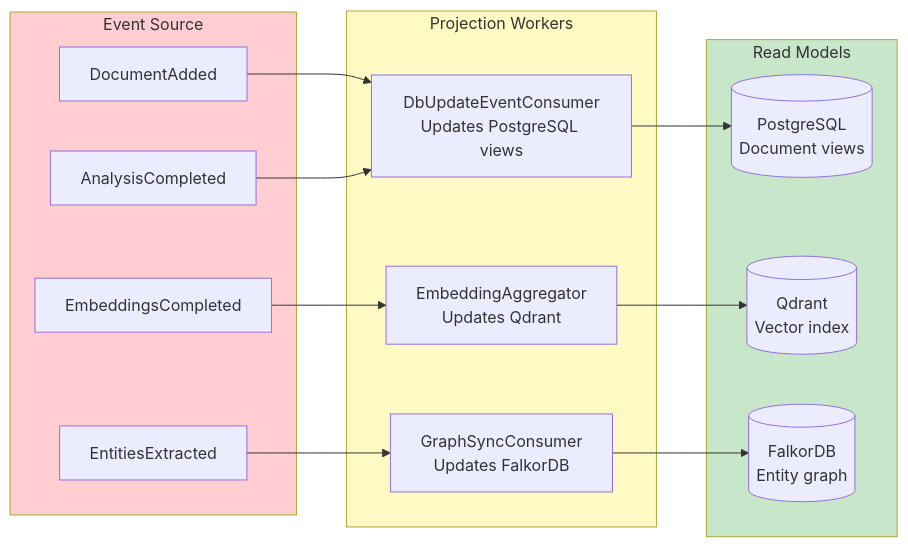
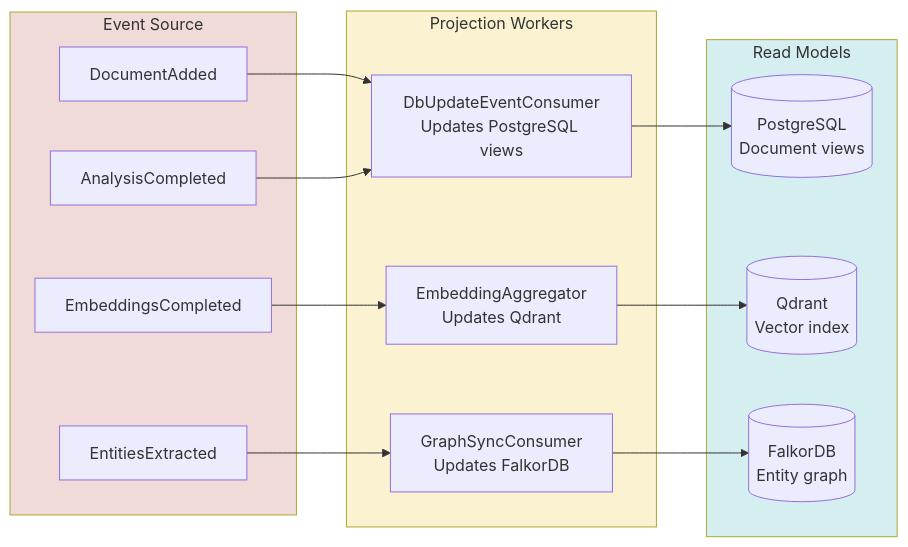
The fourth of 6 diagrams in src/content/diagrams/cqrs-pattern.md (viktorrobin/bluerobin-blog), drawn with Mermaid before and after one commit. The commit also changed other lines of this file and 25 other files, not shown here.

````diff
--- a/src/content/diagrams/cqrs-pattern.md
+++ b/src/content/diagrams/cqrs-pattern.md
@@ -136,33 +136,33 @@
 ```mermaid
 flowchart LR
     subgraph Source["Event Source"]
         E1["DocumentAdded"]
         E2["AnalysisCompleted"]
         E3["EmbeddingsCompleted"]
         E4["EntitiesExtracted"]
     end
 
     subgraph Workers["Projection Workers"]
         P1["DbUpdateEventConsumer<br/>Updates PostgreSQL views"]
         P2["EmbeddingAggregator<br/>Updates Qdrant"]
         P3["GraphSyncConsumer<br/>Updates FalkorDB"]
     end
 
     subgraph ReadModels["Read Models"]
         RM1[(PostgreSQL<br/>Document views)]
         RM2[(Qdrant<br/>Vector index)]
         RM3[(FalkorDB<br/>Entity graph)]
     end
 
     E1 & E2 --> P1
     E3 --> P2
     E4 --> P3
 
     P1 --> RM1
     P2 --> RM2
     P3 --> RM3
 
-    style Source fill:#ffcdd2
-    style Workers fill:#fff9c4
-    style ReadModels fill:#c8e6c9
+    style Source fill:#f0dbd8
+    style Workers fill:#faf2d0
+    style ReadModels fill:#d5eef0
 ```
````
